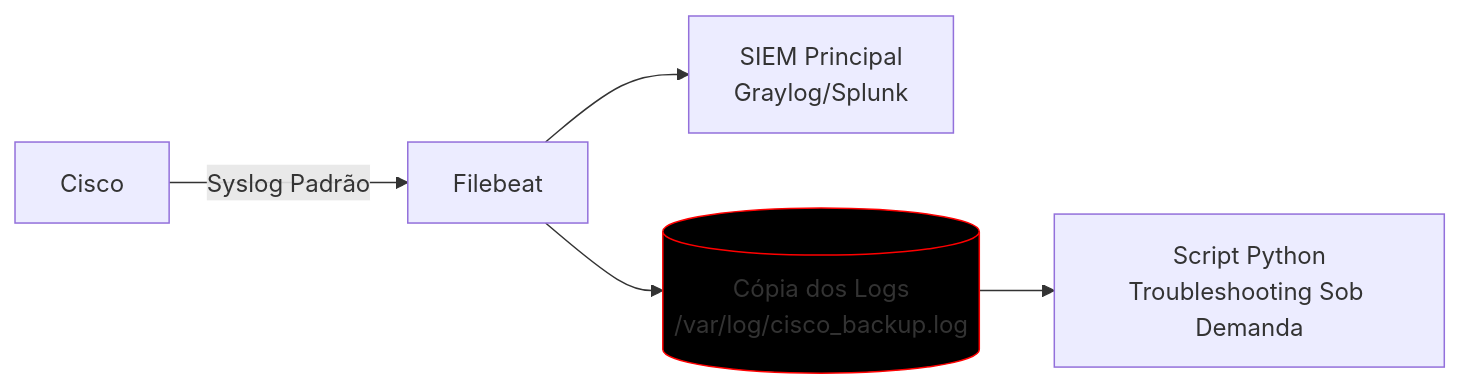
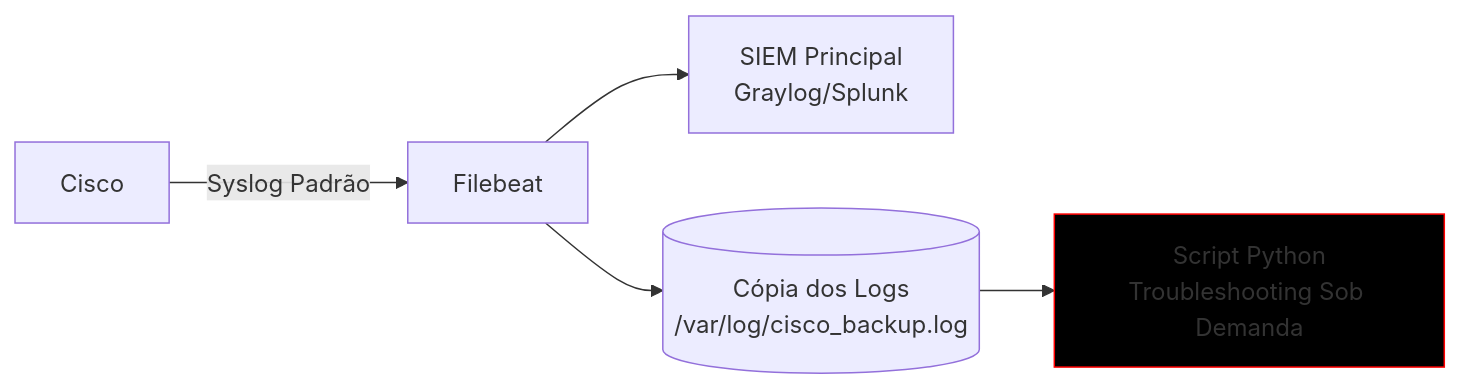
One commit to alcancil/Cisco changed the third of 3 diagrams in CCNP 350-401 ENCOR/06 - Automation/17- Python - Basico 12 - Logging/README.md. Above: the diagram before and after it, drawn with Mermaid.

Commit message:
Alterado o arquivo README.md

````diff
--- a/CCNP 350-401 ENCOR/06 - Automation/17- Python - Basico 12 - Logging/README.md
+++ b/CCNP 350-401 ENCOR/06 - Automation/17- Python - Basico 12 - Logging/README.md
@@ -1846,10 +1846,10 @@
 ```mermaid
 flowchart LR
     A[Cisco] -->|Syslog Padrão| B[Filebeat]
     B --> C[SIEM Principal<br>Graylog/Splunk]
     B --> D[(Cópia dos Logs<br>/var/log/cisco_backup.log)]
     D --> E[Script Python<br>Troubleshooting Sob Demanda]
 
-    style D fill:#000000,stroke:#ff0000,color:#FFFFFF  # Script Python
+    style E fill:#000000,stroke:#ff0000,color:#FFFFFF  # Script Python
     
 ```
````
